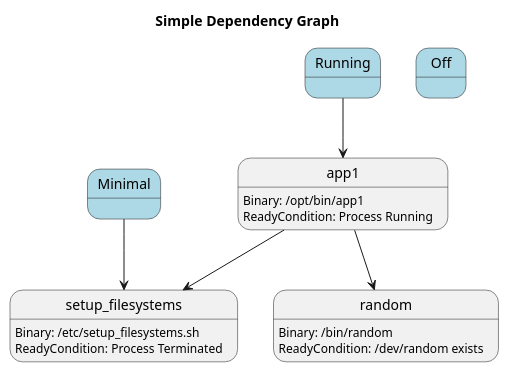
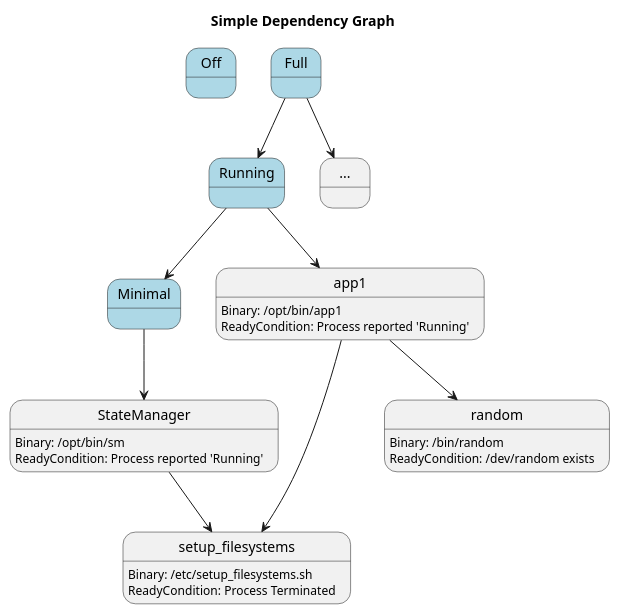
Before and after one commit to eclipse-score/lifecycle: the diagram in docs/features/lifecycle/architecture/_assets/launch_manager_small_example_graph.puml, drawn with PlantUML. The commit also changed 15 other files, not shown here.

Commit message:
Sequence diagram extensions

```diff
--- a/docs/features/lifecycle/architecture/_assets/launch_manager_small_example_graph.puml
+++ b/docs/features/lifecycle/architecture/_assets/launch_manager_small_example_graph.puml
@@ -14,18 +14,24 @@
 @startuml
   title Simple Dependency Graph
 
+  state Off #lightblue
+  state Minimal #lightblue
   state Running #lightblue
-  state Minimal #lightblue
-  state Off #lightblue
+  state Full #lightblue
 
-
-  state app1: Binary: /opt/bin/app1\nReadyCondition: Process Running
+  state app1: Binary: /opt/bin/app1\nReadyCondition: Process reported 'Running'
+  state "..." as more
+  state StateManager: Binary: /opt/bin/sm\nReadyCondition: Process reported 'Running'
 
   state setup_filesystems: Binary: /etc/setup_filesystems.sh\nReadyCondition: Process Terminated
   state random: Binary: /bin/random\nReadyCondition: /dev/random exists
 
+  Full -d-> more
+  Full -d-> Running
   Running --> app1
-  Minimal --> setup_filesystems
+  Running --> Minimal
+  Minimal --> StateManager
   app1 --> setup_filesystems
   app1 --> random
+  StateManager --> setup_filesystems
 @enduml
```
